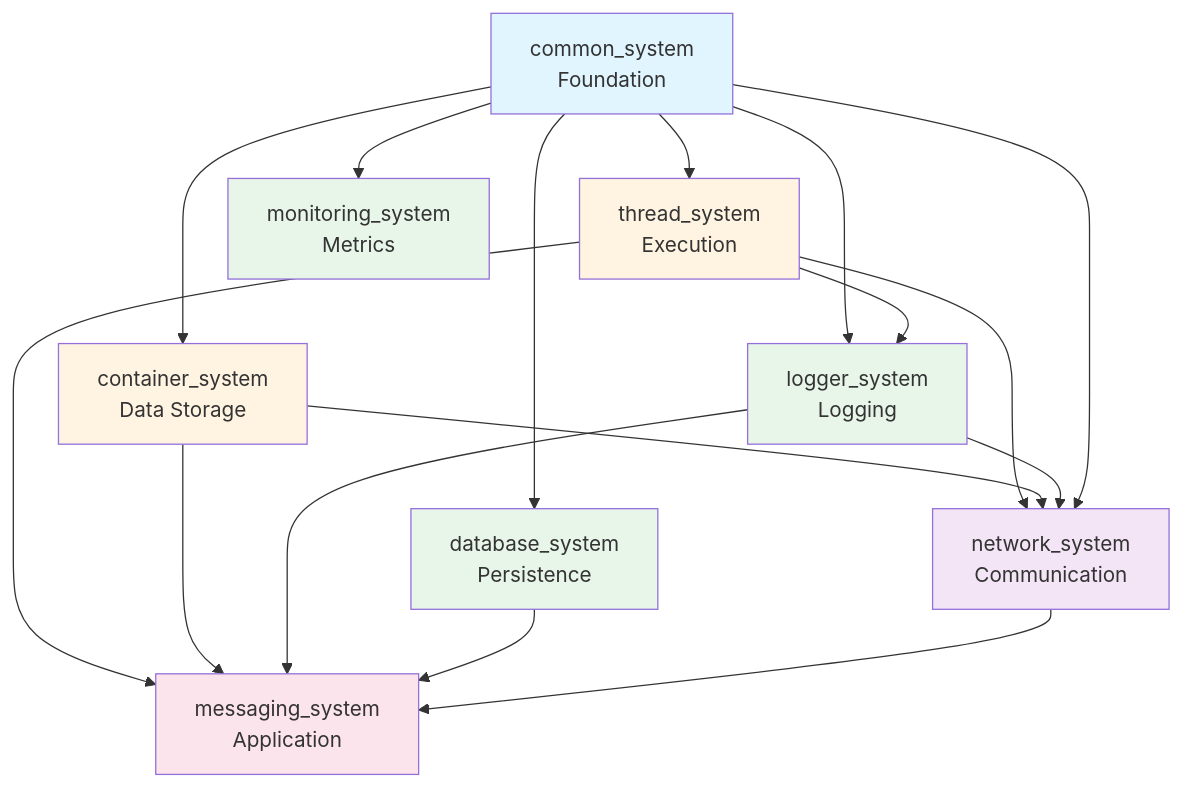
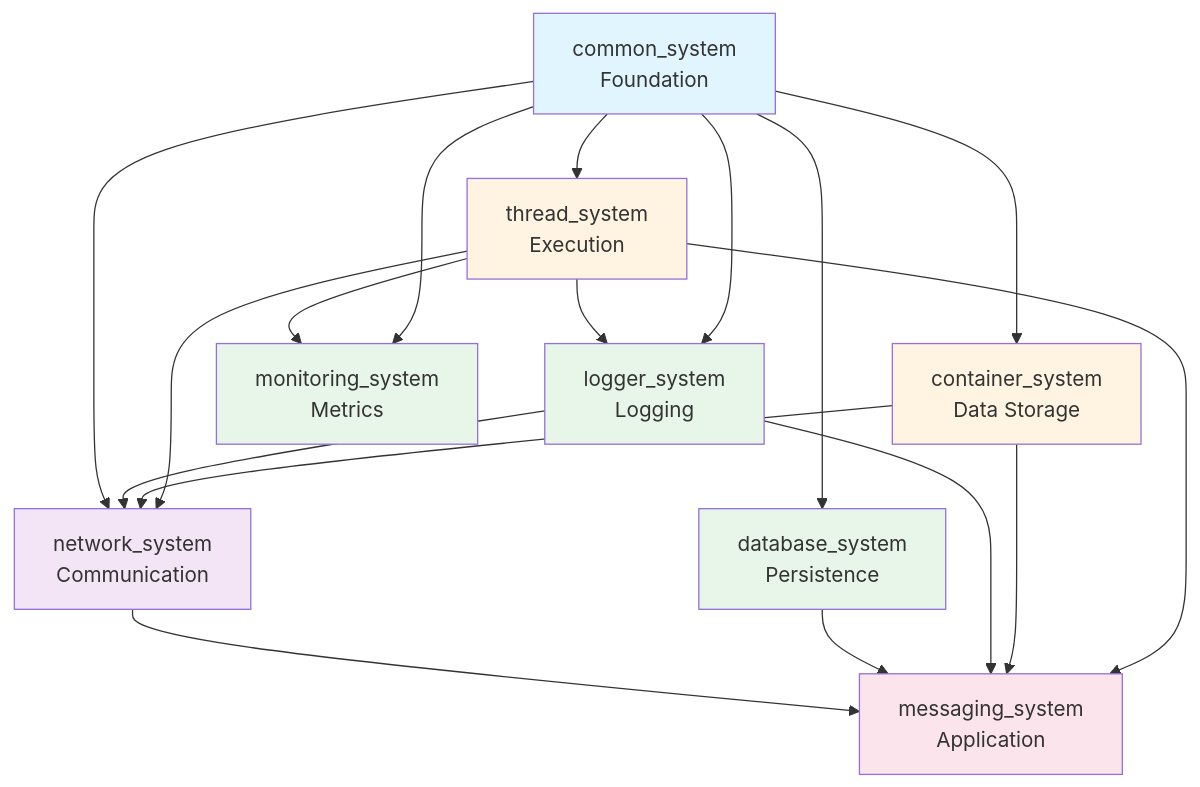
Before and after one commit to kcenon/common_system: the first of 2 diagrams in docs/ARCHITECTURE.kr.md, drawn with Mermaid. The commit also changed other lines of this file and 1 other file, not shown here.

````diff
--- a/docs/ARCHITECTURE.kr.md
+++ b/docs/ARCHITECTURE.kr.md
@@ -60,43 +60,44 @@
 ```mermaid
 graph TD
     common[common_system<br/>Foundation]
 
     thread[thread_system<br/>Execution]
     container[container_system<br/>Data Storage]
 
     logger[logger_system<br/>Logging]
     monitoring[monitoring_system<br/>Metrics]
     database[database_system<br/>Persistence]
 
     network[network_system<br/>Communication]
 
     messaging[messaging_system<br/>Application]
 
     common --> thread
     common --> container
     common --> logger
     common --> monitoring
     common --> database
 
     thread --> logger
+    thread --> monitoring
     thread --> network
     container --> network
     logger --> network
 
     common --> network
 
     thread --> messaging
     container --> messaging
     logger --> messaging
     database --> messaging
     network --> messaging
 
     style common fill:#e1f5ff
     style thread fill:#fff4e1
     style container fill:#fff4e1
     style logger fill:#e8f5e9
     style monitoring fill:#e8f5e9
     style database fill:#e8f5e9
     style network fill:#f3e5f5
     style messaging fill:#fce4ec
 ```
````
